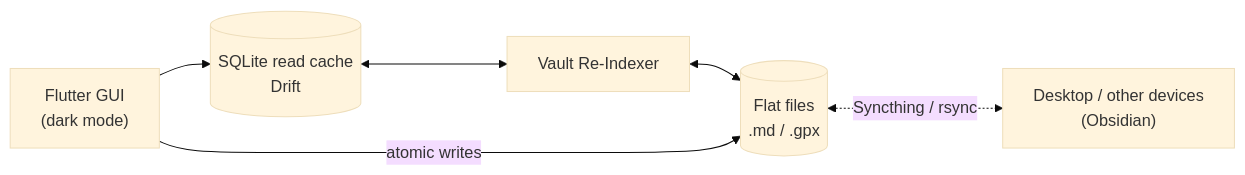
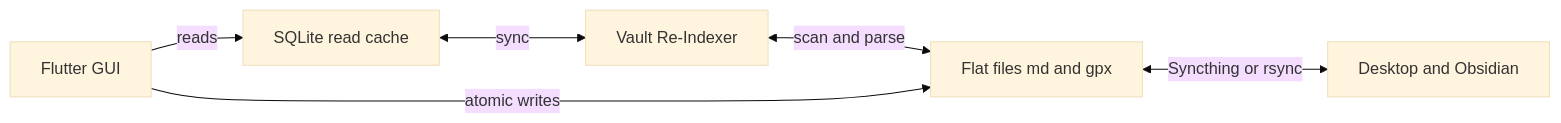
Before and after one commit to mxtwng/Claude-ObsidianFit: the diagram in README.md, drawn with Mermaid (base theme). The commit also changed other lines of this file, not shown here.

Commit message:
docs: fix mermaid architecture diagram syntax

````diff
--- a/README.md
+++ b/README.md
@@ -52,8 +52,8 @@
 ```mermaid
 flowchart LR
-    GUI["Flutter GUI<br/>(dark mode)"] --> DB[("SQLite read cache<br/>Drift")]
-    DB <--> IDX["Vault Re-Indexer"]
-    IDX <--> FILES[("Flat files<br/>.md / .gpx")]
-    GUI -- "atomic writes" --> FILES
-    FILES <-. "Syncthing / rsync" .-> OTHER["Desktop / other devices<br/>(Obsidian)"]
+    GUI[Flutter GUI] -->|reads| DB[SQLite read cache]
+    DB <-->|sync| IDX[Vault Re-Indexer]
+    IDX <-->|scan and parse| FILES[Flat files md and gpx]
+    GUI -->|atomic writes| FILES
+    FILES <-->|Syncthing or rsync| OTHER[Desktop and Obsidian]
 ```
````
